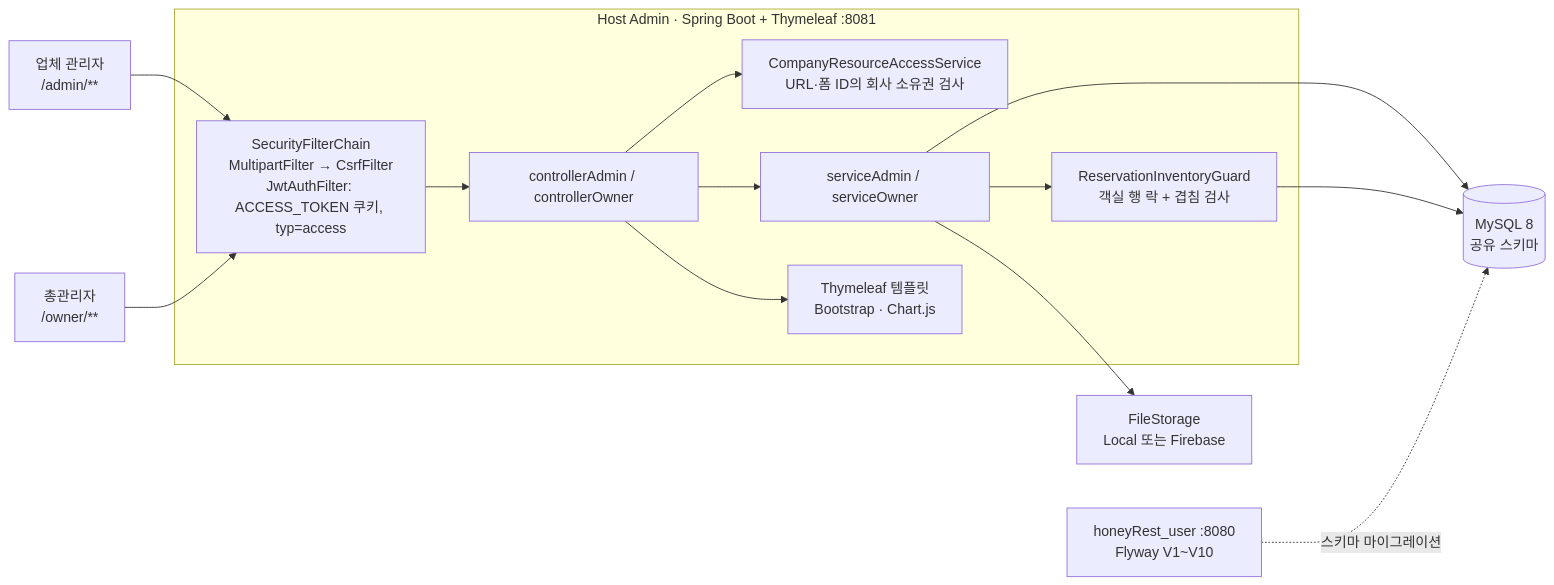
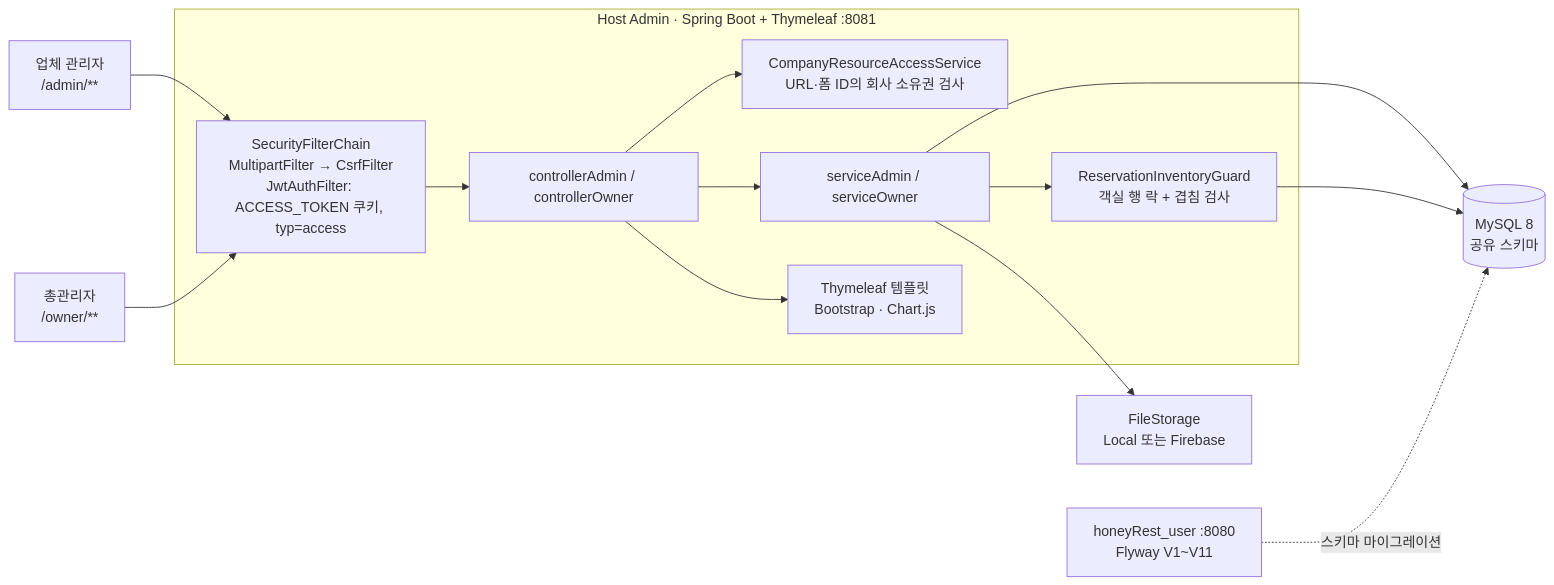
Before and after one commit to Seongwonp/honeyRest_host: the diagram in README.md, drawn with Mermaid. The commit also changed other lines of this file and 7 other files, not shown here.

First line of the commit message:
사용자 Flyway 마이그레이션 기준 스키마 정합 통합 테스트 추가, AccommodationTag.icon 컬럼명 수정

````diff
--- a/README.md
+++ b/README.md
@@ -65,26 +65,26 @@
 ```mermaid
 flowchart LR
     CA["업체 관리자<br/>/admin/**"]
     SA["총관리자<br/>/owner/**"]
 
     subgraph HOST["Host Admin · Spring Boot + Thymeleaf :8081"]
         SEC["SecurityFilterChain<br/>MultipartFilter → CsrfFilter<br/>JwtAuthFilter: ACCESS_TOKEN 쿠키, typ=access"]
         CTRL["controllerAdmin / controllerOwner"]
         ACC["CompanyResourceAccessService<br/>URL·폼 ID의 회사 소유권 검사"]
         SVC["serviceAdmin / serviceOwner"]
         GUARD["ReservationInventoryGuard<br/>객실 행 락 + 겹침 검사"]
         VIEW["Thymeleaf 템플릿<br/>Bootstrap · Chart.js"]
         SEC --> CTRL
         CTRL --> ACC
         CTRL --> SVC
         SVC --> GUARD
         CTRL --> VIEW
     end
 
     CA --> SEC
     SA --> SEC
     SVC --> DB[("MySQL 8<br/>공유 스키마")]
     GUARD --> DB
     SVC --> FS["FileStorage<br/>Local 또는 Firebase"]
-    USER["honeyRest_user :8080<br/>Flyway V1~V10"] -. "스키마 마이그레이션" .-> DB
+    USER["honeyRest_user :8080<br/>Flyway V1~V11"] -. "스키마 마이그레이션" .-> DB
 ```
````
